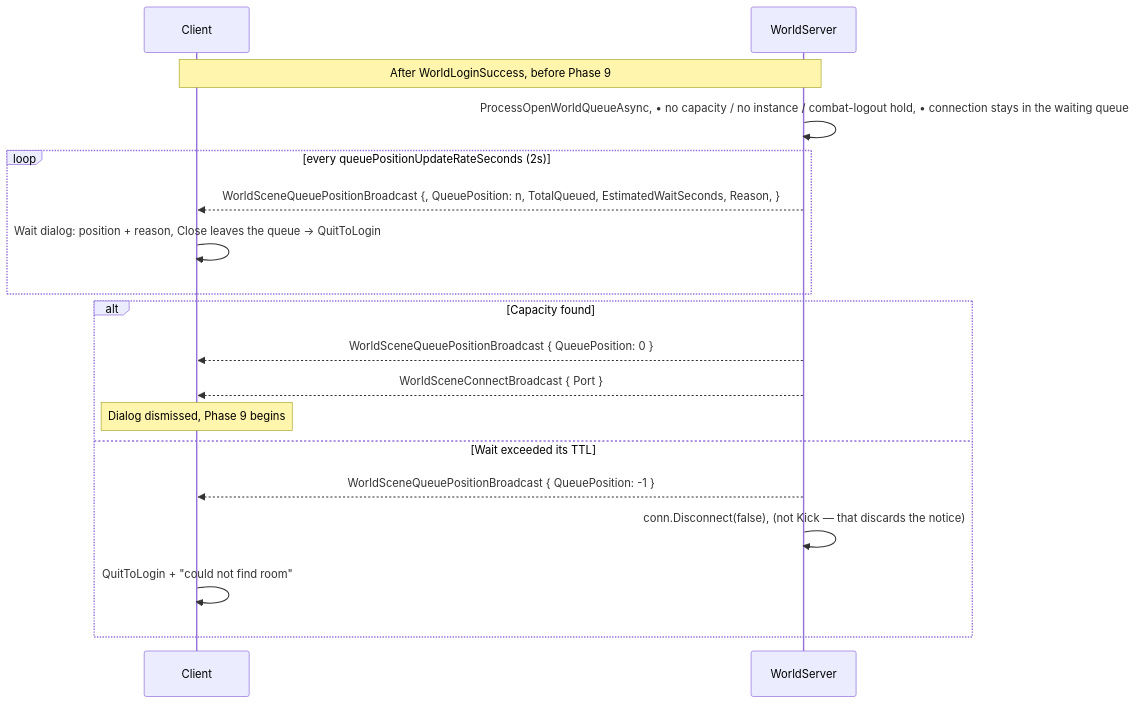
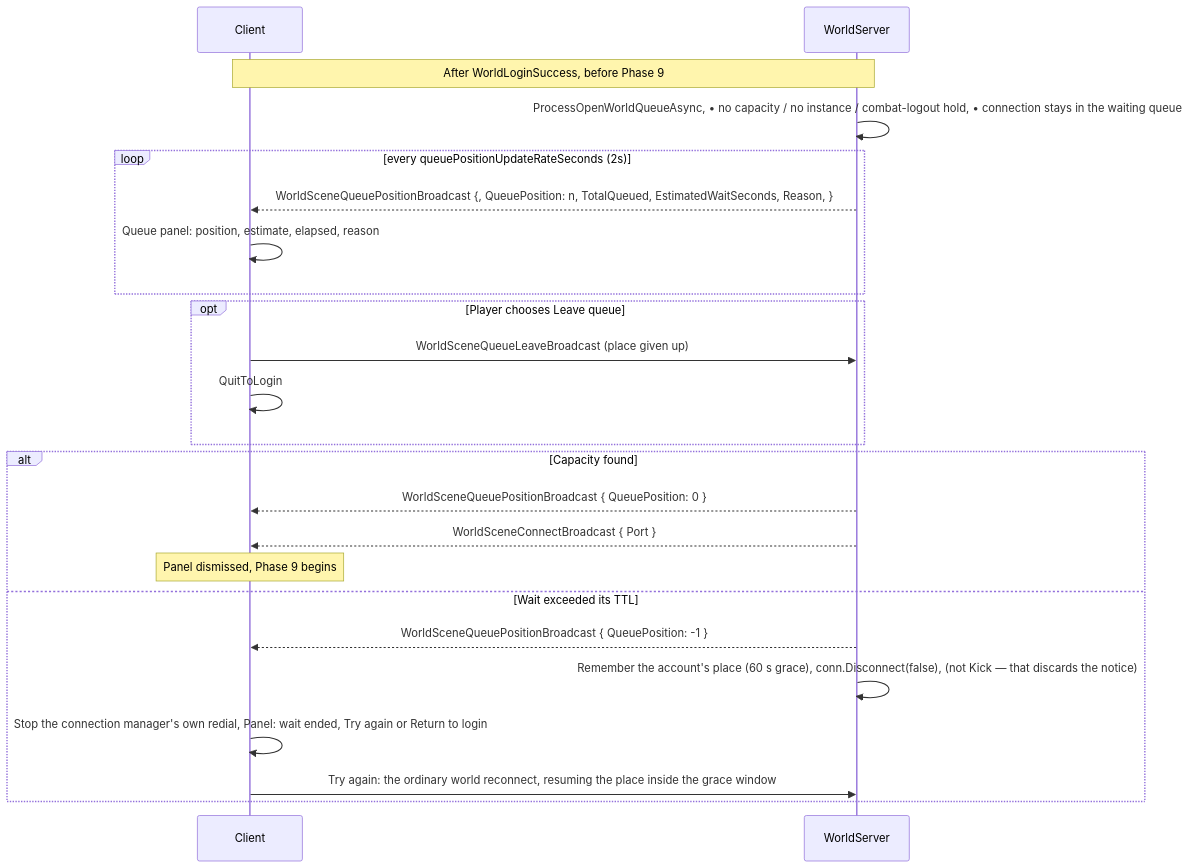
One commit to jimdroberts/FishMMO changed diagram 11 of 14 in CONNECTION_PIPELINE.md. Above: the diagram before and after it, drawn with Mermaid. The commit also changed other lines of this file and 680 other files, not shown here.

````diff
--- a/CONNECTION_PIPELINE.md
+++ b/CONNECTION_PIPELINE.md
@@ -765,24 +805,30 @@
 ```mermaid
 sequenceDiagram
     participant Client as Client
     participant World as WorldServer
 
     Note over Client,World: After WorldLoginSuccess, before Phase 9
 
     World->>World: ProcessOpenWorldQueueAsync, • no capacity / no instance / combat-logout hold, • connection stays in the waiting queue
 
     loop every queuePositionUpdateRateSeconds (2s)
         World-->>Client: WorldSceneQueuePositionBroadcast {, QueuePosition: n, TotalQueued, EstimatedWaitSeconds, Reason, }
-        Client->>Client: Wait dialog: position + reason, Close leaves the queue → QuitToLogin
+        Client->>Client: Queue panel: position, estimate, elapsed, reason
+    end
+
+    opt Player chooses Leave queue
+        Client->>World: WorldSceneQueueLeaveBroadcast (place given up)
+        Client->>Client: QuitToLogin
     end
 
     alt Capacity found
         World-->>Client: WorldSceneQueuePositionBroadcast { QueuePosition: 0 }
         World-->>Client: WorldSceneConnectBroadcast { Port }
-        Note over Client: Dialog dismissed, Phase 9 begins
+        Note over Client: Panel dismissed, Phase 9 begins
     else Wait exceeded its TTL
         World-->>Client: WorldSceneQueuePositionBroadcast { QueuePosition: -1 }
-        World->>World: conn.Disconnect(false), (not Kick — that discards the notice)
-        Client->>Client: QuitToLogin + "could not find room"
+        World->>World: Remember the account's place (60 s grace), conn.Disconnect(false), (not Kick — that discards the notice)
+        Client->>Client: Stop the connection manager's own redial, Panel: wait ended, Try again or Return to login
+        Client->>World: Try again: the ordinary world reconnect, resuming the place inside the grace window
     end
 ```
````
